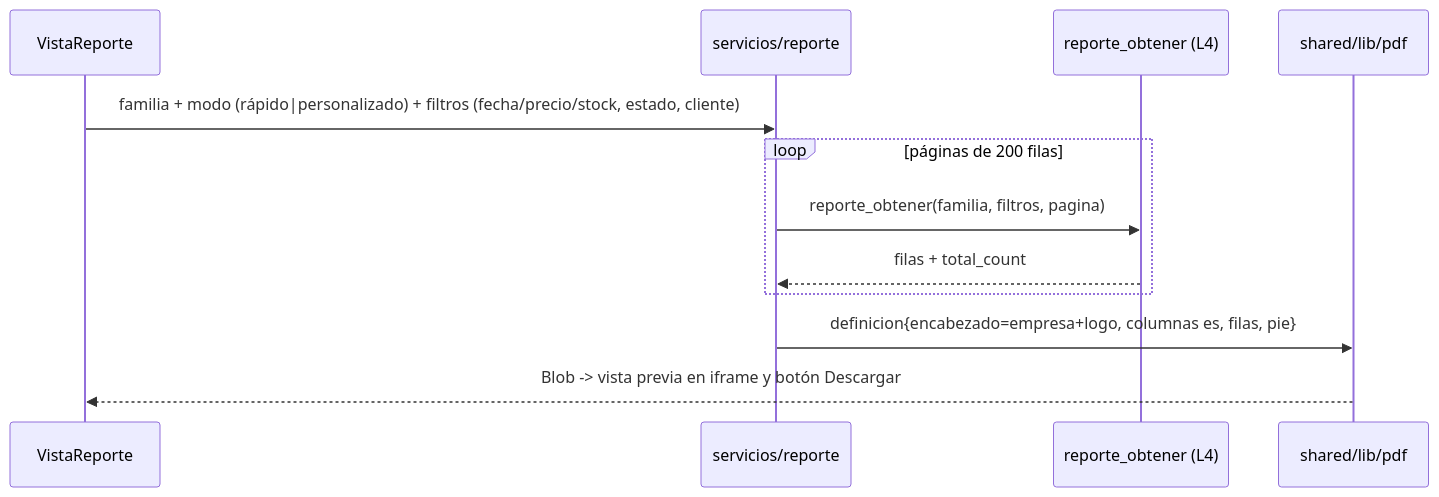
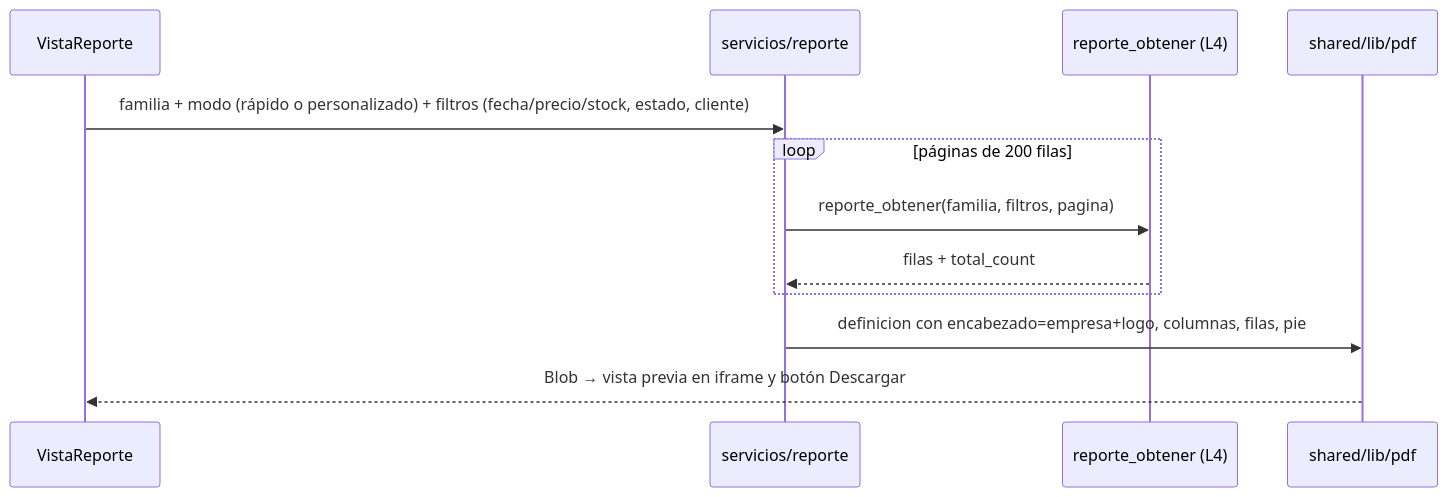
Before and after one commit to SantillanMJoseM/PoryectoTaller: the eighth of 8 diagrams in docs/architecture/ARCHITECTURE.md, drawn with Mermaid. The commit also changed other lines of this file and 5 other files, not shown here.

````diff
--- a/docs/architecture/ARCHITECTURE.md
+++ b/docs/architecture/ARCHITECTURE.md
@@ -587,14 +827,14 @@
 ```mermaid
 sequenceDiagram
   participant V as VistaReporte
   participant S as servicios/reporte
   participant RPC as reporte_obtener (L4)
   participant PDF as shared/lib/pdf
-  V->>S: familia + modo (rápido|personalizado) + filtros (fecha/precio/stock, estado, cliente)
+  V->>S: familia + modo (rápido o personalizado) + filtros (fecha/precio/stock, estado, cliente)
   loop páginas de 200 filas
     S->>RPC: reporte_obtener(familia, filtros, pagina)
     RPC-->>S: filas + total_count
   end
-  S->>PDF: definicion{encabezado=empresa+logo, columnas es, filas, pie}
-  PDF-->>V: Blob -> vista previa en iframe y botón Descargar
+  S->>PDF: definicion con encabezado=empresa+logo, columnas, filas, pie
+  PDF-->>V: Blob → vista previa en iframe y botón Descargar
 ```
````
